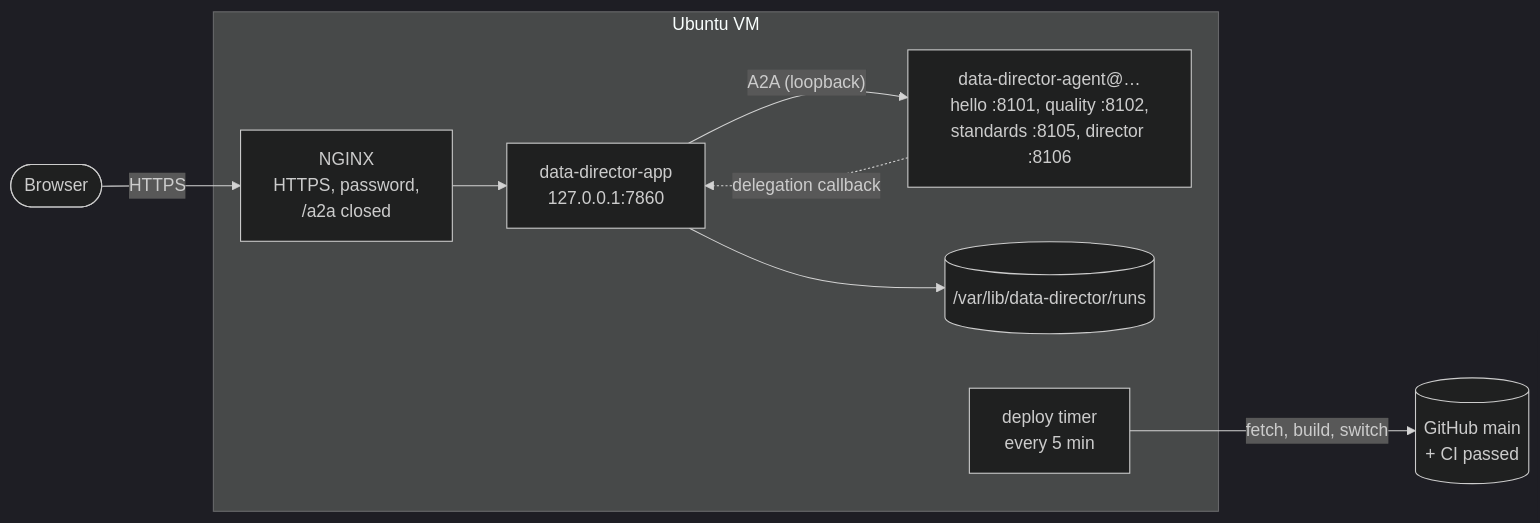
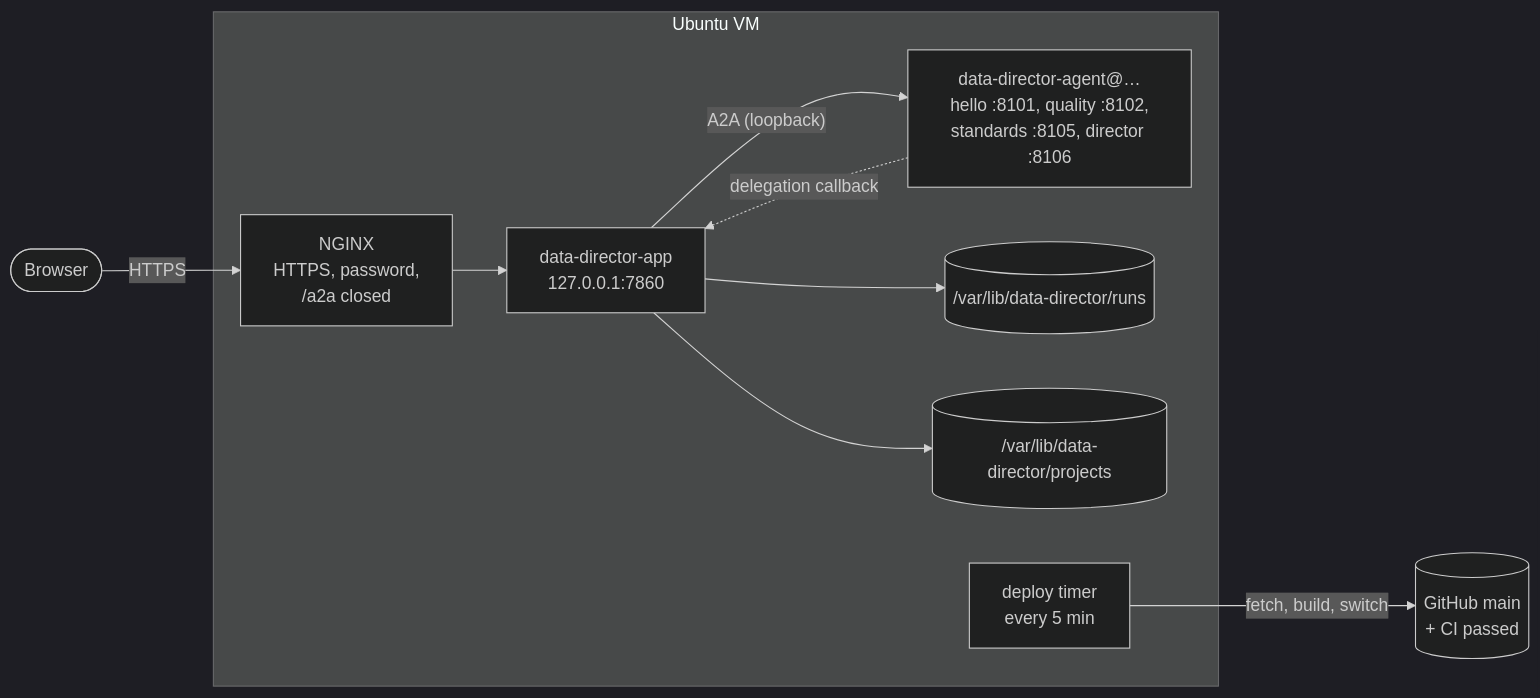
One commit to data-director-agent/data-director changed the fifth of 5 diagrams in docs/architecture.md. Above: the diagram before and after it, drawn with Mermaid (dark theme). The commit also changed other lines of this file and 2 other files, not shown here.

````diff
--- a/docs/architecture.md
+++ b/docs/architecture.md
@@ -254,18 +268,20 @@
 ```mermaid
 flowchart LR
     browser(["Browser"])
     subgraph vm["Ubuntu VM"]
         nginx["NGINX<br/>HTTPS, password,<br/>/a2a closed"]
         app["data-director-app<br/>127.0.0.1:7860"]
         agents["data-director-agent@…<br/>hello :8101, quality :8102,<br/>standards :8105, director :8106"]
         runs[("/var/lib/data-director/runs")]
+        projects[("/var/lib/data-director/projects")]
         timer["deploy timer<br/>every 5 min"]
     end
     github[("GitHub main<br/>+ CI passed")]
 
     browser -- HTTPS --> nginx --> app
     app -- "A2A (loopback)" --> agents
     agents -. "delegation callback" .-> app
     app --> runs
+    app --> projects
     timer -- "fetch, build, switch" --> github
 ```
````
